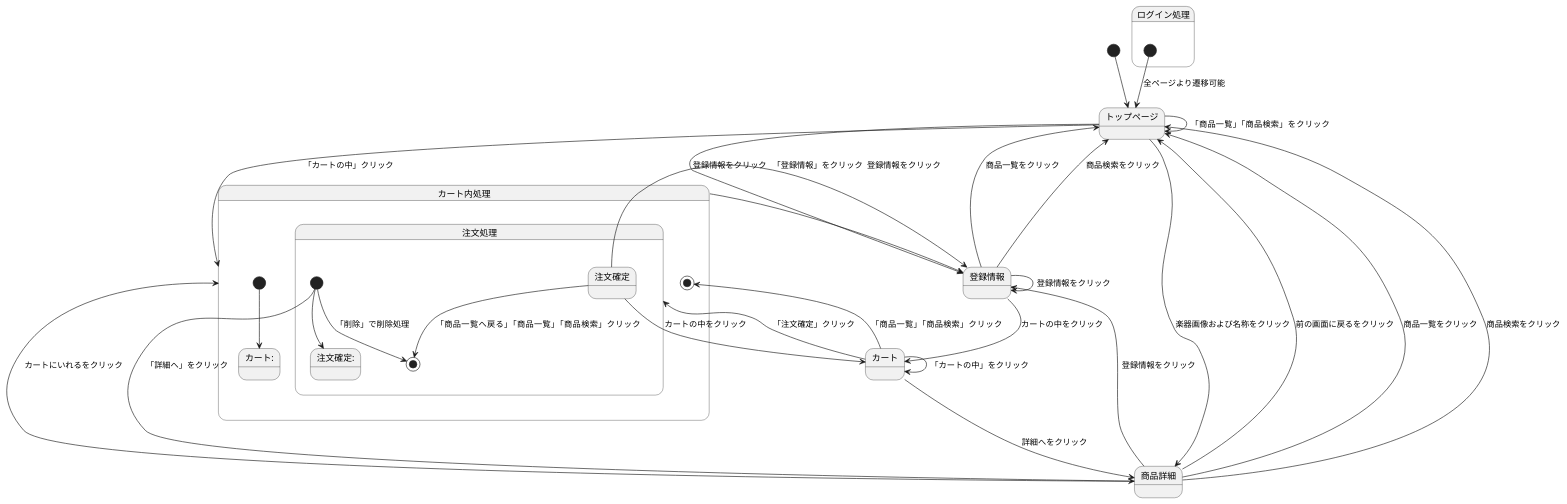
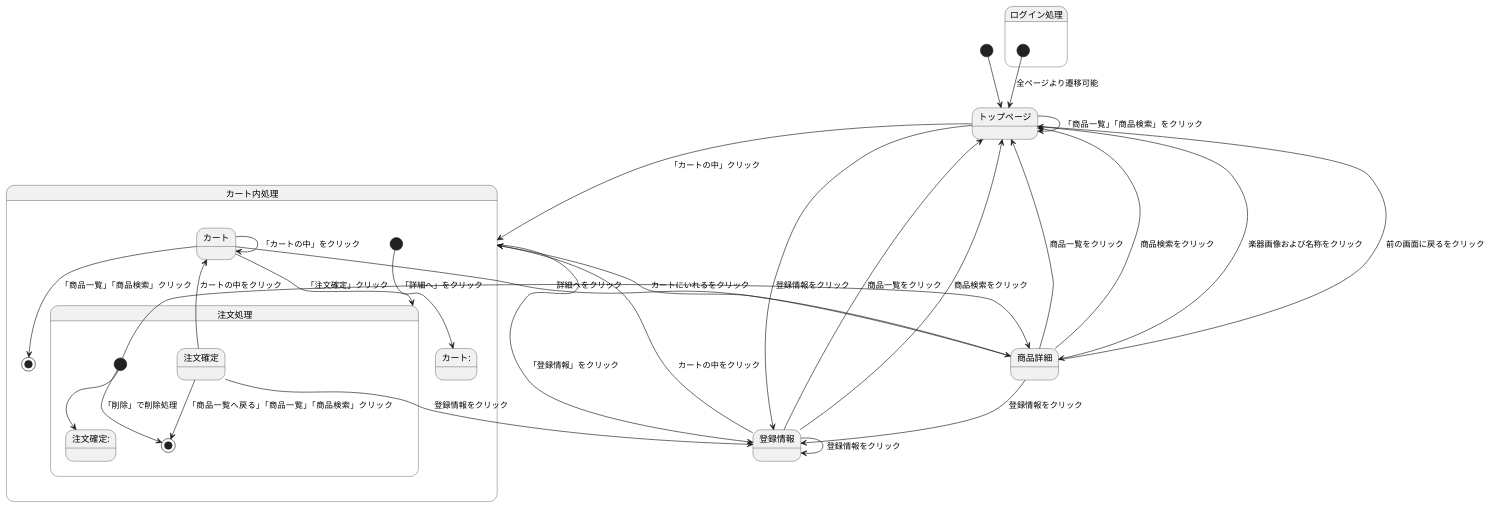
The third of 3 diagrams in stm01.md (Aso2001374/2021sys-design), drawn with PlantUML before and after one commit.

````diff
--- a/stm01.md
+++ b/stm01.md
@@ -55,52 +55,52 @@
 ```uml
 @startuml
 [*] --> トップページ
 
 トップページ--> トップページ : 「商品一覧」「商品検索」をクリック
 トップページ--> カート内処理 : 「カートの中」クリック
 トップページ--> 登録情報 : 登録情報をクリック
 トップページ--> 商品詳細 : 楽器画像および名称をクリック
 
 
 商品詳細--> トップページ : 前の画面に戻るをクリック
 商品詳細--> トップページ : 商品一覧をクリック
 商品詳細--> トップページ : 商品検索をクリック
 商品詳細--> 登録情報 : 登録情報をクリック
 
 
 
 
 
 
 登録情報 --> トップページ : 商品一覧をクリック
 登録情報 --> トップページ : 商品検索をクリック
-登録情報 --> カート : カートの中をクリック
+登録情報 --> カート内処理 : カートの中をクリック
 登録情報 --> 登録情報 : 登録情報をクリック
 
 state ログイン処理{
 [*] --> トップページ : 全ページより遷移可能
 }
 
 商品詳細--> カート内処理 : カートにいれるをクリック
 
 state カート内処理{
 [*] --> カート:
 カート --> 注文処理:「注文確定」クリック
 state 注文処理{
 [*]--> 注文確定: 
 [*]--> 商品詳細 : 「詳細へ」をクリック
 [*]--> [*]: 「削除」で削除処理
 注文確定--> [*]: 「商品一覧へ戻る」「商品一覧」「商品検索」クリック
 }
 注文確定 --> カート : カートの中をクリック
 注文確定 --> 登録情報 : 登録情報をクリック
 カート--> カート: 「カートの中」をクリック
 カート --> 商品詳細 : 詳細へをクリック
 カート--> [*]: 「商品一覧」「商品検索」クリック
 }
 
 カート内処理--> 登録情報 : 「登録情報」をクリック
 
 
 @enduml
 ```
````
